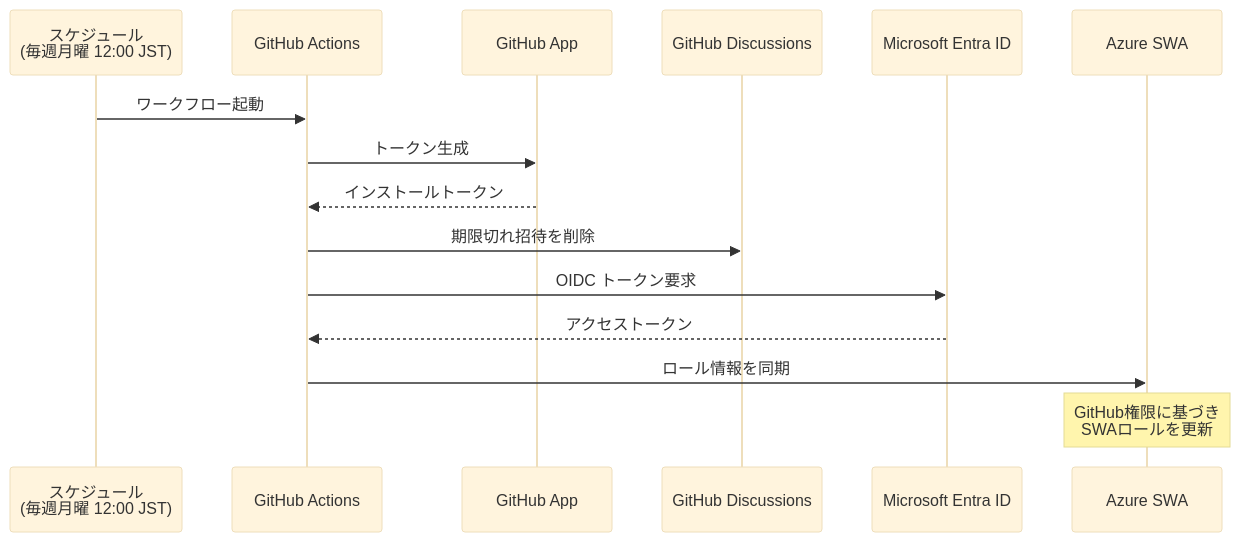
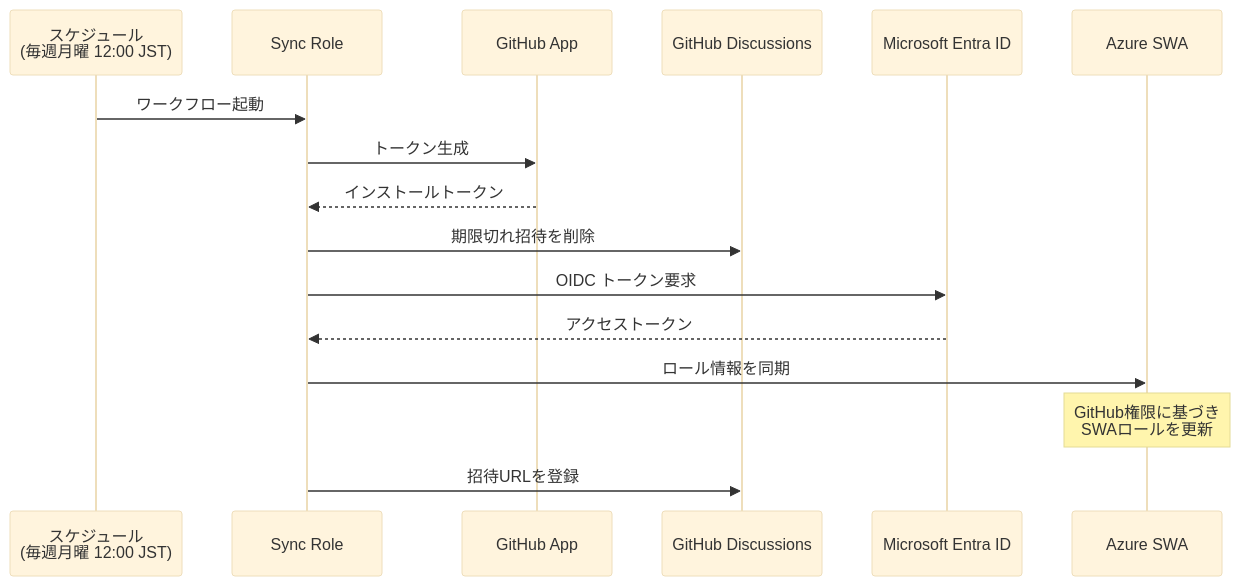
Before and after one commit to ssd-mkdocs-platform/ssd-mkdocs-sample: the fourth of 6 diagrams in docs/アーキテクチャー/deploy-architecture.md, drawn with Mermaid (base theme). The commit also changed other lines of this file and 6 other files, not shown here.

````diff
--- a/docs/アーキテクチャー/deploy-architecture.md
+++ b/docs/アーキテクチャー/deploy-architecture.md
@@ -151,22 +153,24 @@
 ```mermaid
 sequenceDiagram
     participant Schedule as スケジュール<br/>(毎週月曜 12:00 JST)
-    participant Actions as GitHub Actions
+    participant Actions as Sync Role
     participant App as GitHub App
     participant Discussions as GitHub Discussions
     participant Entra as Microsoft Entra ID
     participant SWA as Azure SWA
 
     Schedule->>Actions: ワークフロー起動
 
     Actions->>App: トークン生成
     App-->>Actions: インストールトークン
 
     Actions->>Discussions: 期限切れ招待を削除
 
     Actions->>Entra: OIDC トークン要求
     Entra-->>Actions: アクセストークン
 
     Actions->>SWA: ロール情報を同期
     Note over SWA: GitHub権限に基づき<br/>SWAロールを更新
+
+    Actions->>Discussions: 招待URLを登録
 ```
````
